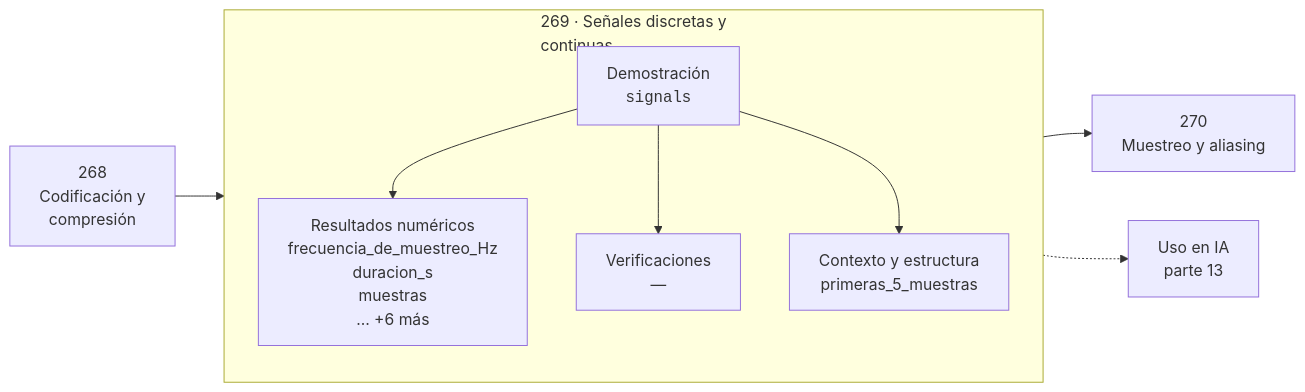
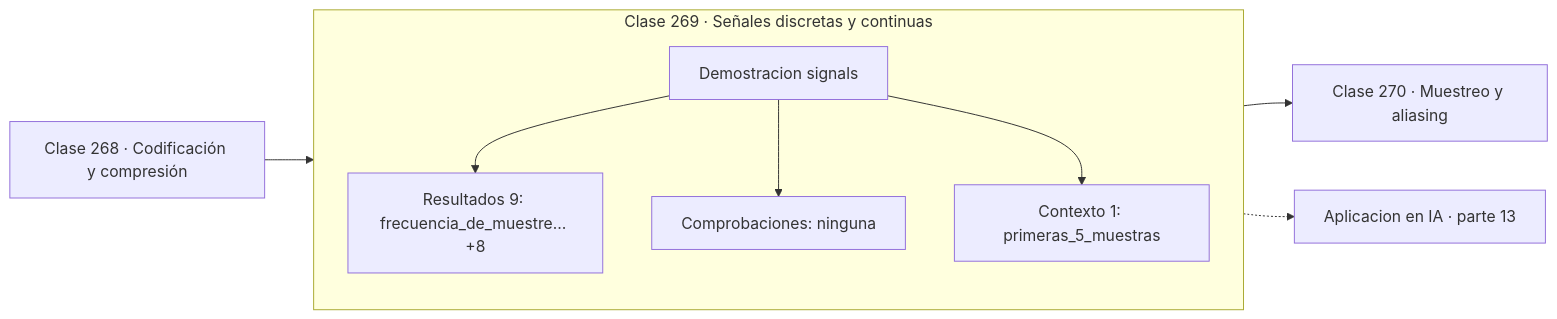
The diagram in classes/part-13-teoria-de-la-informacion-senales-y-series/269-senales-discretas-y-continuas/README.md (vladimiracunadev-create/computational-mathematics-program), drawn with Mermaid before and after one commit. The commit also changed 389 other files, not shown here.

First line of the commit message:
fix(diagramas): elimina el HTML de las etiquetas Mermaid

````diff
--- a/classes/part-13-teoria-de-la-informacion-senales-y-series/269-senales-discretas-y-continuas/README.md
+++ b/classes/part-13-teoria-de-la-informacion-senales-y-series/269-senales-discretas-y-continuas/README.md
@@ -30,12 +30,13 @@
 ```mermaid
 flowchart LR
-    P["268<br/>Codificación y<br/>compresión"] --> C
-    subgraph C["269 · Señales discretas y<br/>continuas"]
+    P["Clase 268 · Codificación y compresión"] --> D
+    subgraph CLASE["Clase 269 · Señales discretas y continuas"]
         direction TB
-        D["Demostración<br/><code>signals</code>"] --> R["Resultados numéricos<br/>frecuencia_de_muestreo_Hz<br/>duracion_s<br/>muestras<br/>… +6 más"]
-        D --> V["Verificaciones<br/>—"]
-        D --> O["Contexto y estructura<br/>primeras_5_muestras"]
+        D["Demostracion signals"]
+        D --> R["Resultados 9: frecuencia_de_muestre… +8"]
+        D --> V["Comprobaciones: ninguna"]
+        D --> O["Contexto 1: primeras_5_muestras"]
     end
-    C --> N["270<br/>Muestreo y aliasing"]
-    C -.-> IA["Uso en IA<br/>parte 13"]
+    R --> N["Clase 270 · Muestreo y aliasing"]
+    V -.-> IA["Aplicacion en IA · parte 13"]
 ```
````
